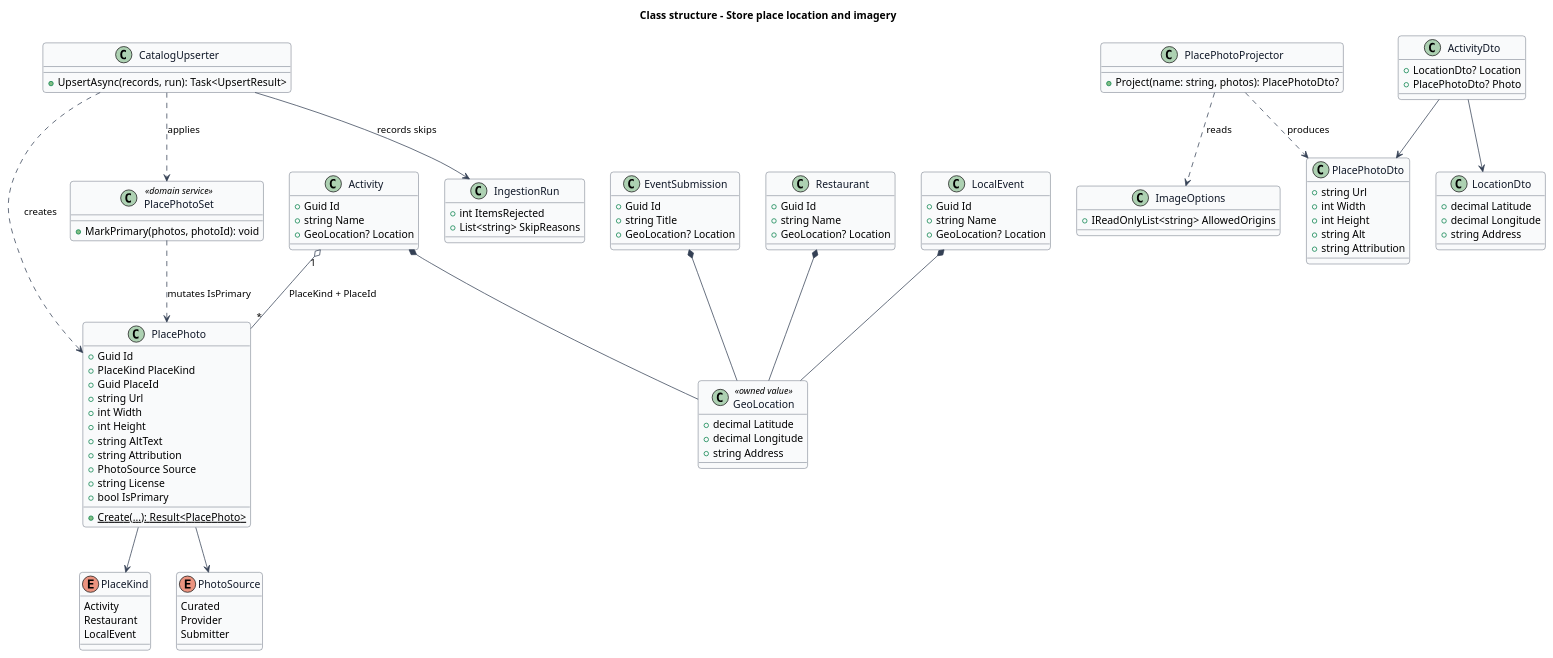
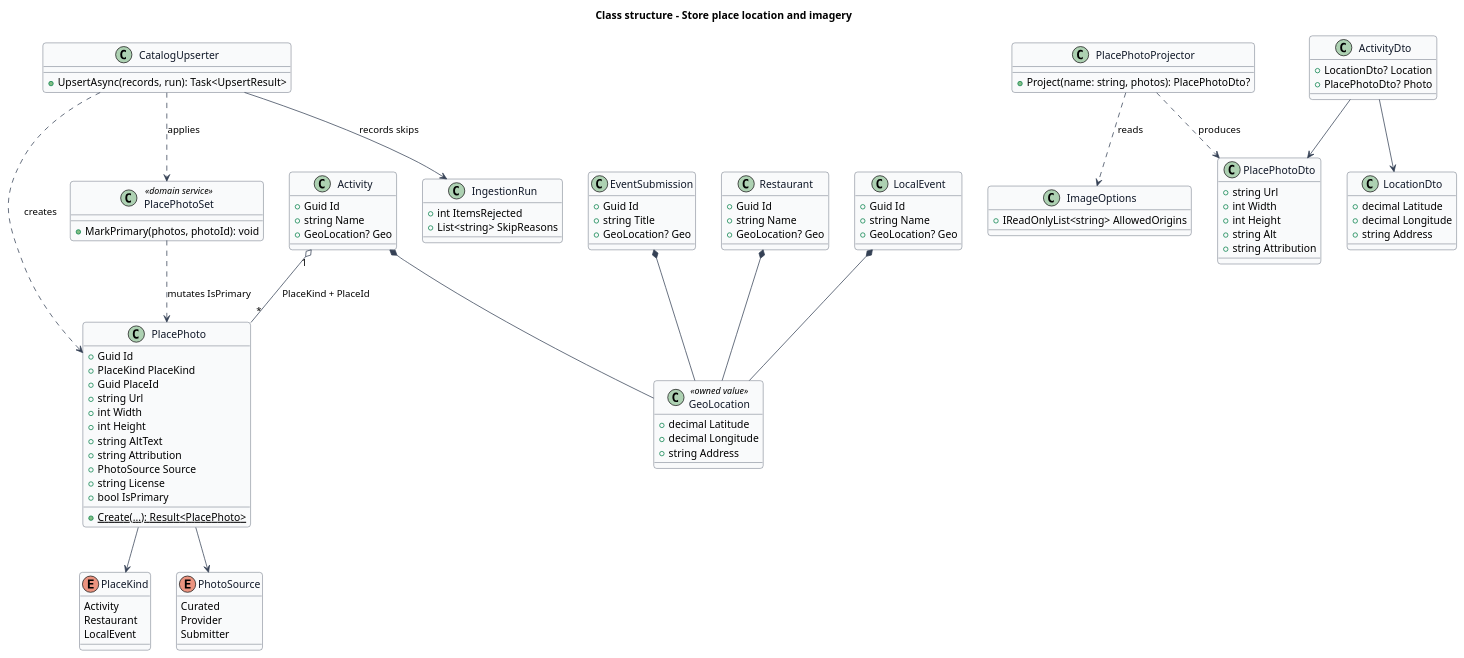
The diagram in docs/detailed-designs/discovery/store-place-location-and-imagery/diagrams/class-structure.puml (QuinntyneBrown/saturdaze), drawn with PlantUML before and after one commit. The commit also changed 76 other files, not shown here.

```diff
--- a/docs/detailed-designs/discovery/store-place-location-and-imagery/diagrams/class-structure.puml
+++ b/docs/detailed-designs/discovery/store-place-location-and-imagery/diagrams/class-structure.puml
@@ -1,111 +1,111 @@
 @startuml
 skinparam backgroundColor #FFFFFF
 skinparam shadowing false
 skinparam roundcorner 8
 skinparam defaultFontName Arial
 skinparam ArrowColor #344054
 skinparam class {
   BorderColor #344054
   FontColor #101828
   BackgroundColor #F9FAFB
 }
 title Class structure - Store place location and imagery
 
 class GeoLocation <<owned value>> {
   +decimal Latitude
   +decimal Longitude
   +string Address
 }
 class Activity {
   +Guid Id
   +string Name
-  +GeoLocation? Location
+  +GeoLocation? Geo
 }
 class Restaurant {
   +Guid Id
   +string Name
-  +GeoLocation? Location
+  +GeoLocation? Geo
 }
 class LocalEvent {
   +Guid Id
   +string Name
-  +GeoLocation? Location
+  +GeoLocation? Geo
 }
 class EventSubmission {
   +Guid Id
   +string Title
-  +GeoLocation? Location
+  +GeoLocation? Geo
 }
 enum PlaceKind {
   Activity
   Restaurant
   LocalEvent
 }
 enum PhotoSource {
   Curated
   Provider
   Submitter
 }
 class PlacePhoto {
   +Guid Id
   +PlaceKind PlaceKind
   +Guid PlaceId
   +string Url
   +int Width
   +int Height
   +string AltText
   +string Attribution
   +PhotoSource Source
   +string License
   +bool IsPrimary
   +{static} Create(...): Result<PlacePhoto>
 }
 class PlacePhotoSet <<domain service>> {
   +MarkPrimary(photos, photoId): void
 }
 class PlacePhotoProjector {
   +Project(name: string, photos): PlacePhotoDto?
 }
 class ImageOptions {
   +IReadOnlyList<string> AllowedOrigins
 }
 class PlacePhotoDto {
   +string Url
   +int Width
   +int Height
   +string Alt
   +string Attribution
 }
 class LocationDto {
   +decimal Latitude
   +decimal Longitude
   +string Address
 }
 class ActivityDto {
   +LocationDto? Location
   +PlacePhotoDto? Photo
 }
 class CatalogUpserter {
   +UpsertAsync(records, run): Task<UpsertResult>
 }
 class IngestionRun {
   +int ItemsRejected
   +List<string> SkipReasons
 }
 
 Activity *-- GeoLocation
 Restaurant *-- GeoLocation
 LocalEvent *-- GeoLocation
 EventSubmission *-- GeoLocation
 PlacePhoto --> PlaceKind
 PlacePhoto --> PhotoSource
 Activity "1" o-- "*" PlacePhoto : PlaceKind + PlaceId
 PlacePhotoSet ..> PlacePhoto : mutates IsPrimary
 CatalogUpserter ..> PlacePhoto : creates
 CatalogUpserter ..> PlacePhotoSet : applies
 CatalogUpserter --> IngestionRun : records skips
 PlacePhotoProjector ..> ImageOptions : reads
 PlacePhotoProjector ..> PlacePhotoDto : produces
 ActivityDto --> LocationDto
 ActivityDto --> PlacePhotoDto
 @enduml
```
